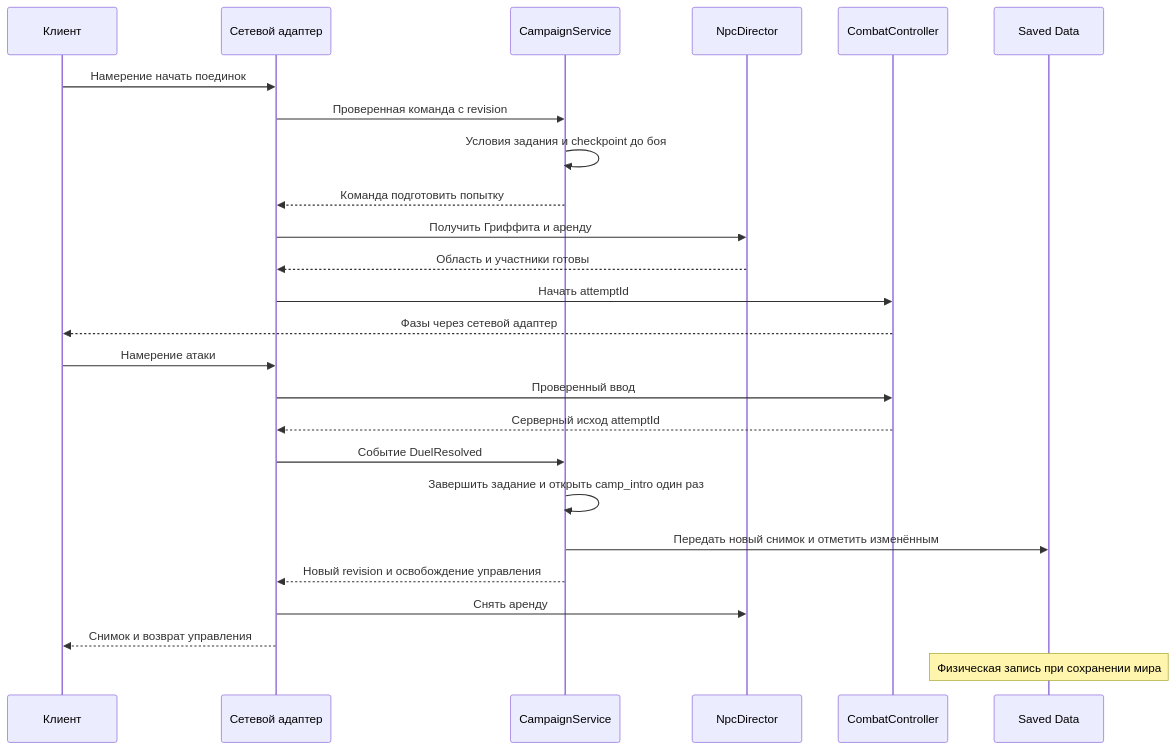
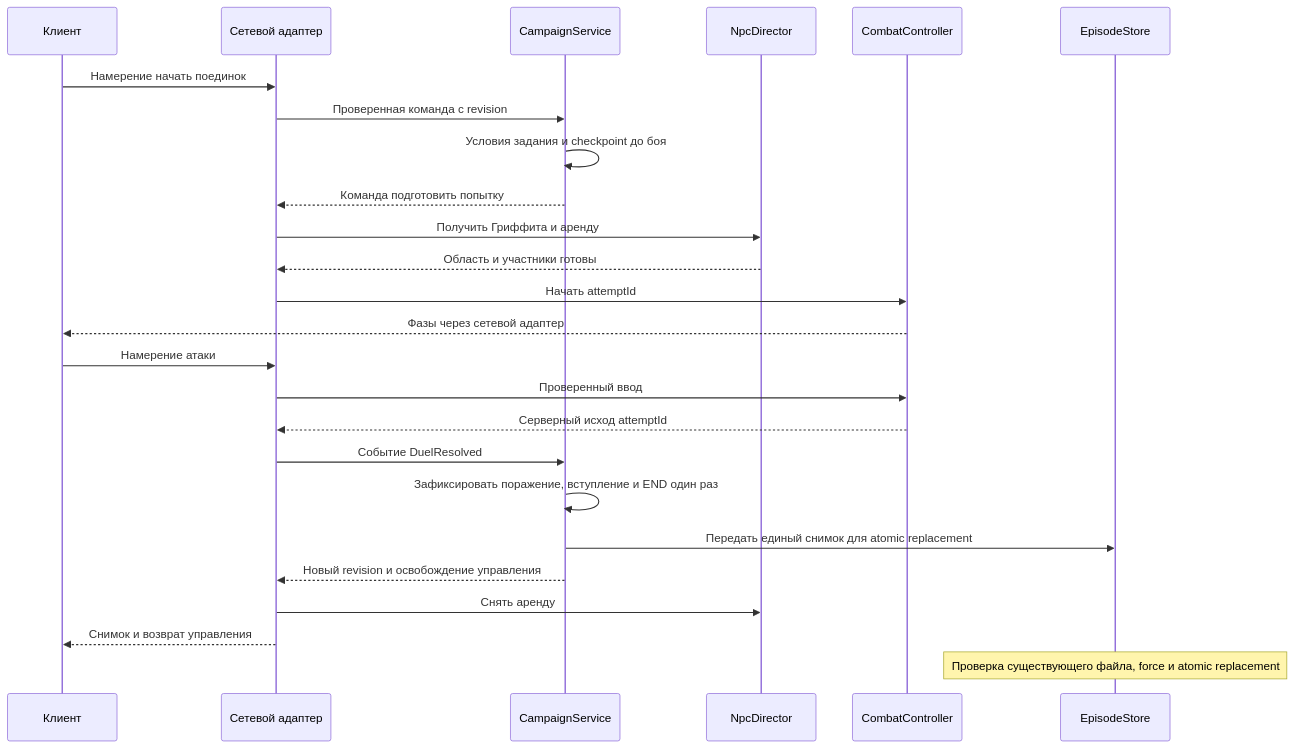
Before and after one commit to gsoncoding/Bekhilitt: the second of 2 diagrams in docs/ARCHITECTURE.md, drawn with Mermaid. The commit also changed other lines of this file and 140 other files, not shown here.

````diff
--- a/docs/ARCHITECTURE.md
+++ b/docs/ARCHITECTURE.md
@@ -147,27 +149,27 @@
 ```mermaid
 sequenceDiagram
   participant UI as Клиент
   participant Net as Сетевой адаптер
   participant C as CampaignService
   participant NPC as NpcDirector
   participant B as CombatController
-  participant Save as Saved Data
+  participant Save as EpisodeStore
   UI->>Net: Намерение начать поединок
   Net->>C: Проверенная команда с revision
   C->>C: Условия задания и checkpoint до боя
   C-->>Net: Команда подготовить попытку
   Net->>NPC: Получить Гриффита и аренду
   NPC-->>Net: Область и участники готовы
   Net->>B: Начать attemptId
   B-->>UI: Фазы через сетевой адаптер
   UI->>Net: Намерение атаки
   Net->>B: Проверенный ввод
   B-->>Net: Серверный исход attemptId
   Net->>C: Событие DuelResolved
-  C->>C: Завершить задание и открыть camp_intro один раз
-  C->>Save: Передать новый снимок и отметить изменённым
+  C->>C: Зафиксировать поражение, вступление и END один раз
+  C->>Save: Передать единый снимок для atomic replacement
   C-->>Net: Новый revision и освобождение управления
   Net->>NPC: Снять аренду
   Net-->>UI: Снимок и возврат управления
-  Note over Save: Физическая запись при сохранении мира
+  Note over Save: Проверка существующего файла, force и atomic replacement
 ```
````
